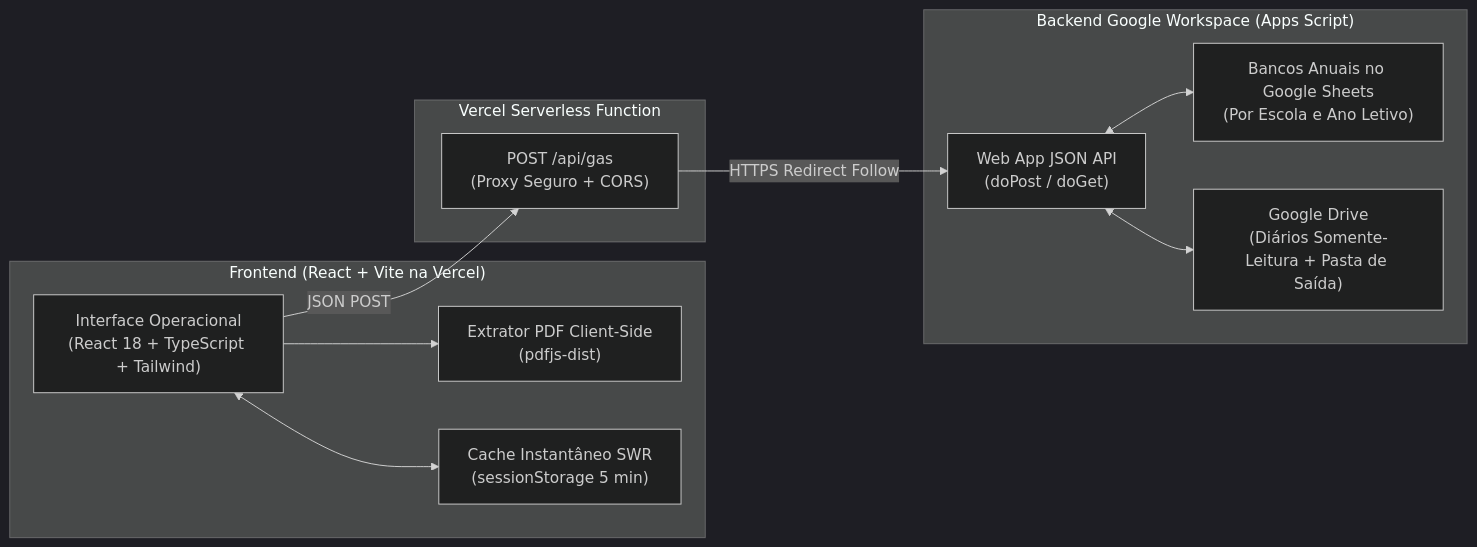
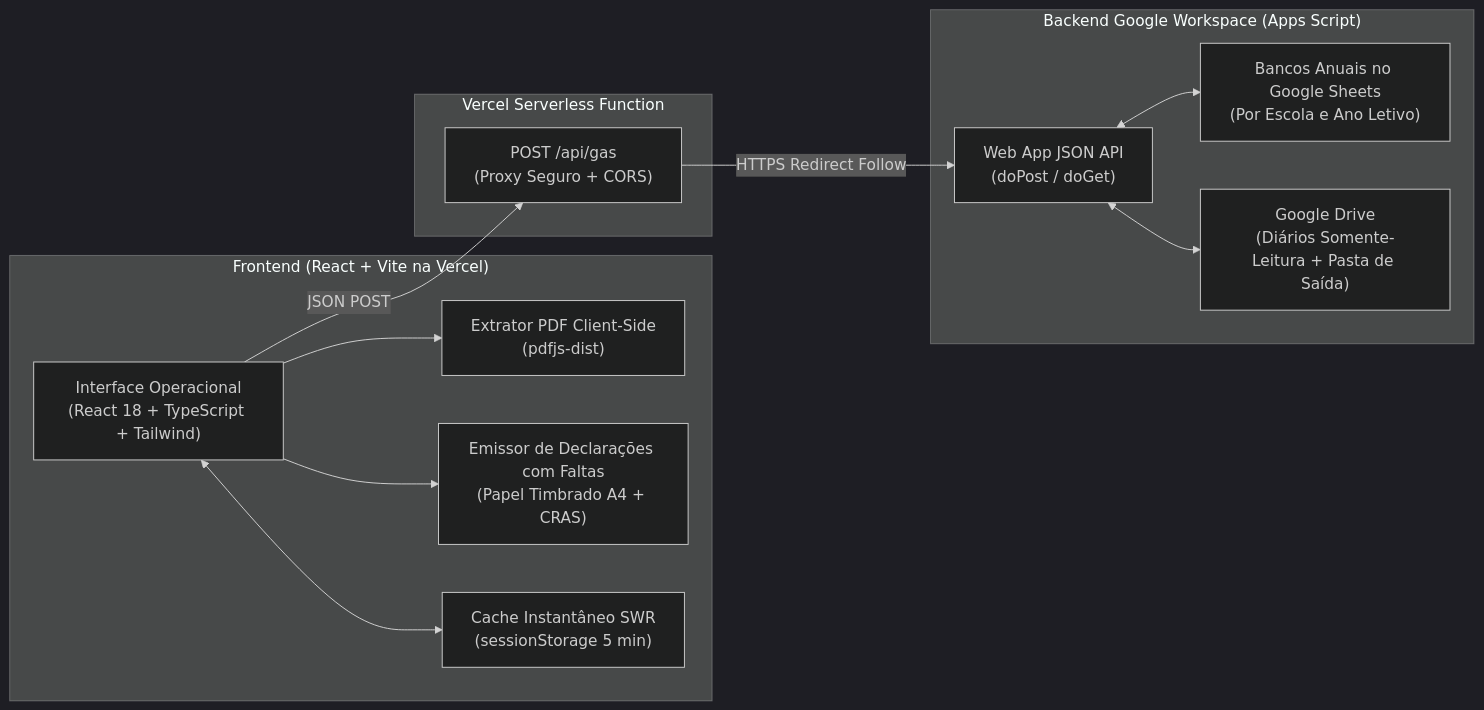
Before and after one commit to gustavo03toledo/SistemaBolsaFamilia-Cotia: the diagram in README.md, drawn with Mermaid (dark theme). The commit also changed other lines of this file and 1 other file, not shown here.

Commit message:
docs: atualiza README com modulo de declaracao com faltas e arquitetura completa

````diff
--- a/README.md
+++ b/README.md
@@ -32,25 +38,27 @@
 ```mermaid
 flowchart LR
   subgraph Cliente["Frontend (React + Vite na Vercel)"]
     UI["Interface Operacional\n(React 18 + TypeScript + Tailwind)"]
     PDF["Extrator PDF Client-Side\n(pdfjs-dist)"]
+    DEC["Emissor de Declarações com Faltas\n(Papel Timbrado A4 + CRAS)"]
     SWR["Cache Instantâneo SWR\n(sessionStorage 5 min)"]
   end
 
   subgraph Proxy["Vercel Serverless Function"]
     API["POST /api/gas\n(Proxy Seguro + CORS)"]
   end
 
   subgraph Google["Backend Google Workspace (Apps Script)"]
     GAS["Web App JSON API\n(doPost / doGet)"]
     DB["Bancos Anuais no Google Sheets\n(Por Escola e Ano Letivo)"]
     DRIVE["Google Drive\n(Diários Somente-Leitura + Pasta de Saída)"]
   end
 
   UI --> PDF
+  UI --> DEC
   UI <--> SWR
   UI -->|JSON POST| API
   API -->|HTTPS Redirect Follow| GAS
   GAS <--> DB
   GAS <--> DRIVE
 ```
````
